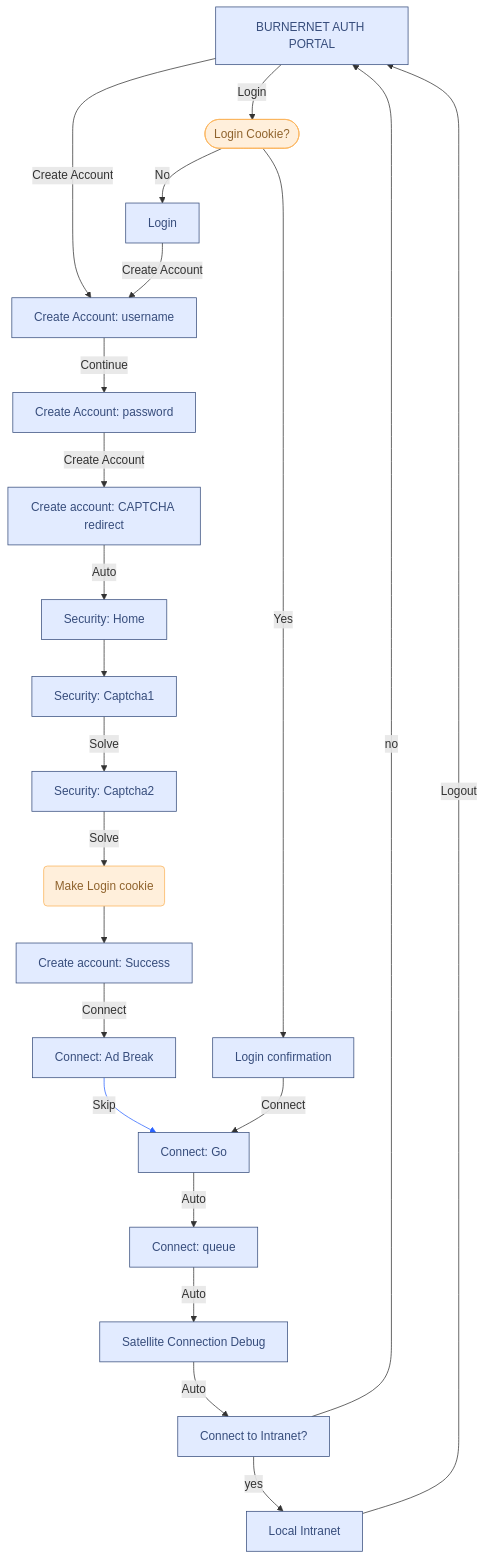
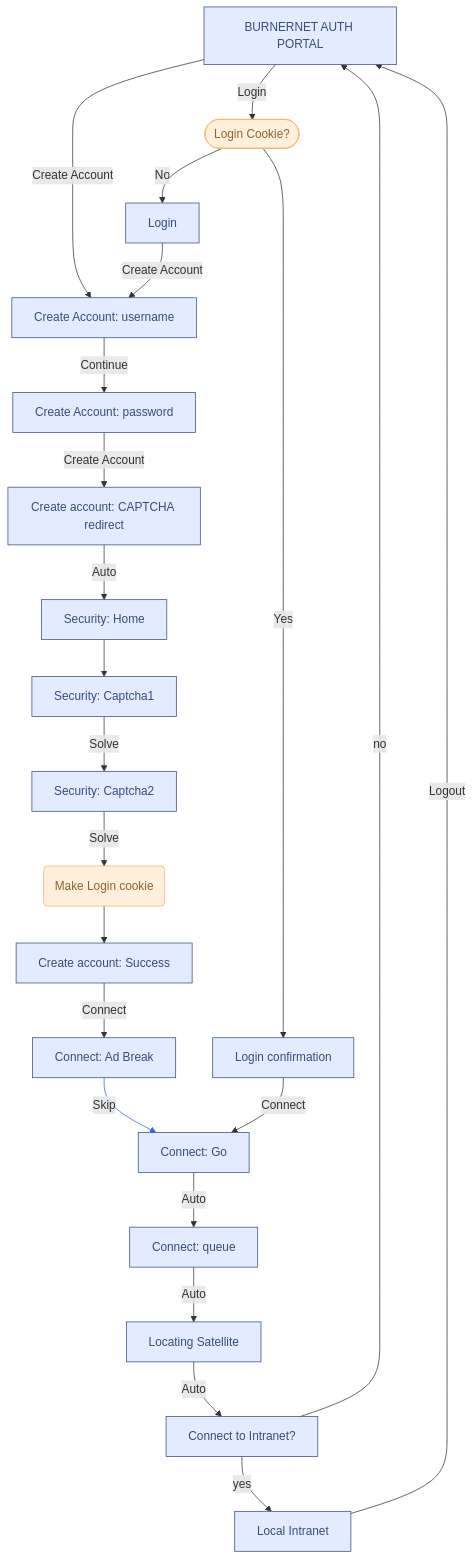
The diagram in sitemap.md (hollow-ping/fake-wifi-repo), drawn with Mermaid before and after one commit. The commit also changed 15 other files, not shown here.

First line of the commit message:
Improve connect flow, portal UX, and Pi captive-portal ops.

````diff
--- a/sitemap.md
+++ b/sitemap.md
@@ -1,78 +1,78 @@
 ```mermaid
 ---
 config:
   layout: dagre
 ---
 flowchart TB
     n1["BURNERNET AUTH PORTAL"] -- Create Account --> n2["Create Account: username"]
     n1 -- Login --> n3(["Login Cookie?"])
     n3 -- No --> n4["Login"]
     n3 -- Yes --> n5["Login confirmation"]
     n2 -- Continue --> n6["Create Account: password"]
     n4 -- Create Account --> n2
     n6 -- Create Account --> n7["Create account: CAPTCHA redirect"]
     n8["Security: Captcha1"] -- Solve --> n9["Security: Captcha2"]
     n10["Create account: Success"] -- Connect --> n11["Connect: Ad Break"]
     n11 -- Skip --> n17["Connect: Go"]
     n5 -- Connect --> n17
     n23["Connect to Intranet?"] -- yes --> n24["Local Intranet"]
     n23 -- no --> n1
     n9 -- Solve --> n25["Make Login cookie"]
     n25 --> n10
     n7 -- Auto --> n26["Security: Home"]
     n26 --> n8
     n17 -- Auto --> n27["Connect: queue"]
-    n27 -- Auto --> n18["Satellite Connection Debug"]
+    n27 -- Auto --> n18["Locating Satellite"]
     n18 -- Auto --> n23
     n24 -- Logout --> n1
 
     n1@{ shape: rect}
     n2@{ shape: rect}
     n4@{ shape: rect}
     n5@{ shape: rect}
     n6@{ shape: rect}
     n7@{ shape: rect}
     n8@{ shape: rect}
     n9@{ shape: rect}
     n10@{ shape: rect}
     n11@{ shape: rect}
     n25@{ shape: rounded}
      n1:::Sky
      n2:::Sky
      n3:::Peach
      n4:::Sky
      n5:::Sky
      n6:::Sky
      n7:::Sky
      n8:::Sky
      n9:::Sky
      n10:::Sky
      n11:::Sky
      n17:::Sky
      n23:::Sky
      n24:::Sky
      n25:::Peach
      n26:::Sky
      n27:::Sky
      n18:::Sky
     classDef Rose stroke-width:1px, stroke-dasharray:none, stroke:#FF5978, fill:#FFDFE5, color:#8E2236
     classDef Peach stroke-width:1px, stroke-dasharray:none, stroke:#FBB35A, fill:#FFEFDB, color:#8F632D
     classDef Sky stroke-width:1px, stroke-dasharray:none, stroke:#374D7C, fill:#E2EBFF, color:#374D7C
     click n1 "/index.html"
     click n2 "/create-account/start.html"
     click n4 "/login.html"
     click n5 "/login-success.html"
     click n6 "/create-account/set-password.html"
     click n7 "/create-account/error.html"
     click n8 "/verify/captcha_xr5u.html"
     click n9 "/verify/captcha_y2qu.html"
     click n10 "/create-account/success.html"
     click n11 "/connect/ad-break.html"
     click n17 "/connect/go.html"
     click n23 "/connect/error666.html"
     click n24 "/intranet/home.html"
     click n26 "/verify/home.html"
     click n27 "/connect/queue.html"
     click n18 "/connect/geolocate.html"
     linkStyle 9 stroke:#2962FF,fill:none
 ```
````
